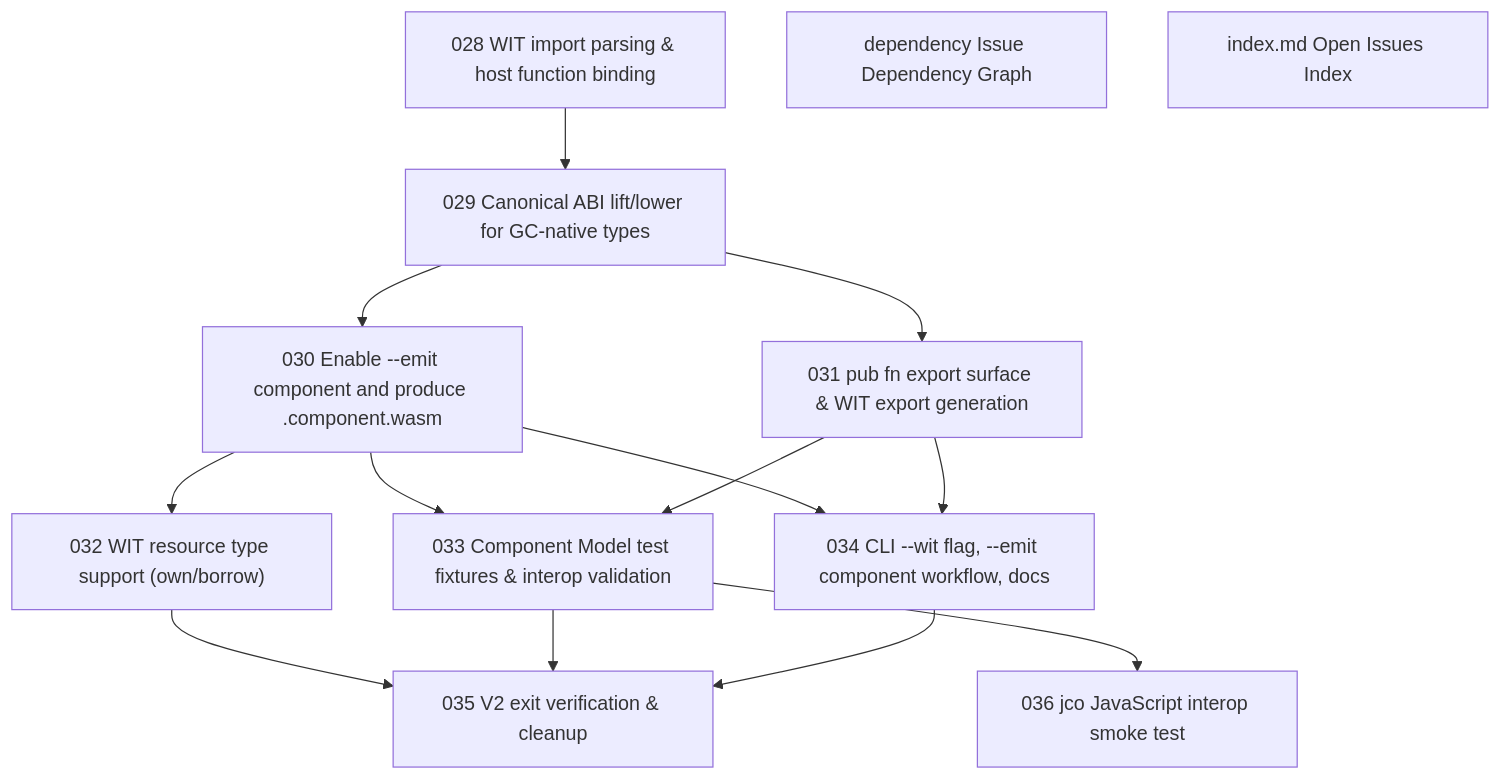
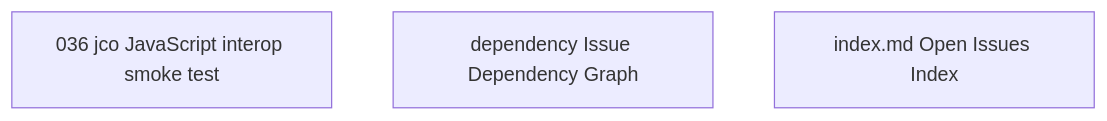
Before and after one commit to wogikaze/arukellt: the diagram in issues/open/dependency-graph.md, drawn with Mermaid. The commit also changed other lines of this file and 28 other files, not shown here.

First line of the commit message:
feat(v2): #035 v2 exit verification & cleanup — 16/16 checks pass

````diff
--- a/issues/open/dependency-graph.md
+++ b/issues/open/dependency-graph.md
@@ -7,26 +7,6 @@
 ```mermaid
 graph TD
-  I028["028 WIT import parsing & host function binding"]
+  I036["036 jco JavaScript interop smoke test"]
   Idependency["dependency Issue Dependency Graph"]
   Iindex.md["index.md Open Issues Index"]
-  I029["029 Canonical ABI lift/lower for GC-native types"]
-  I030["030 Enable --emit component and produce .component.wasm"]
-  I031["031 pub fn export surface & WIT export generation"]
-  I032["032 WIT resource type support (own/borrow)"]
-  I033["033 Component Model test fixtures & interop validation"]
-  I034["034 CLI --wit flag, --emit component workflow, docs"]
-  I036["036 jco JavaScript interop smoke test"]
-  I035["035 V2 exit verification & cleanup"]
-  I028 --> I029
-  I029 --> I030
-  I029 --> I031
-  I030 --> I032
-  I030 --> I033
-  I031 --> I033
-  I030 --> I034
-  I031 --> I034
-  I033 --> I036
-  I032 --> I035
-  I033 --> I035
-  I034 --> I035
 ```
````
